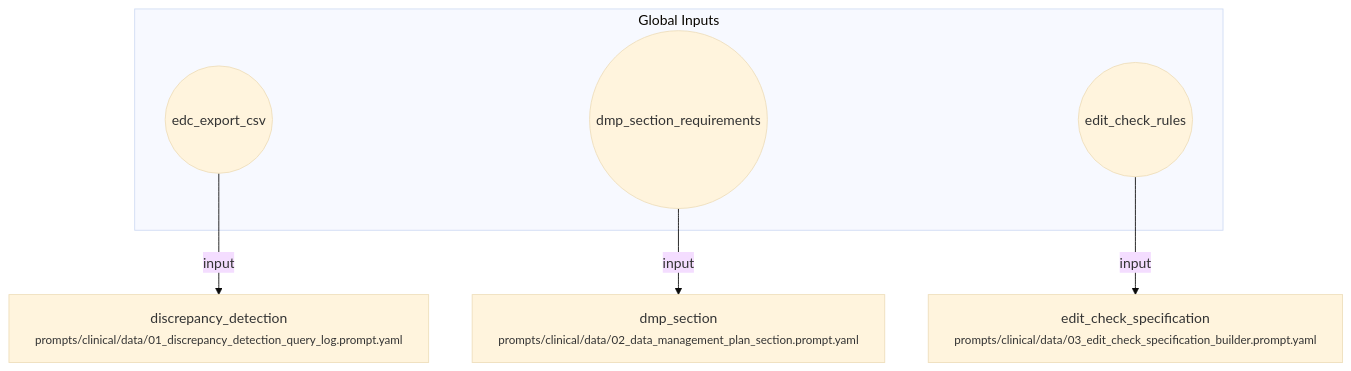
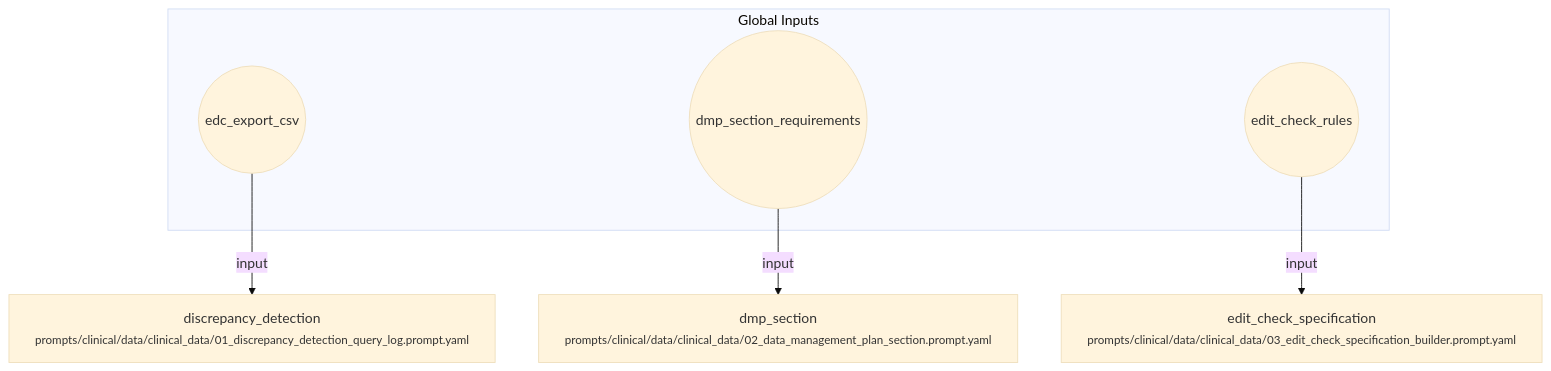
One commit to fderuiter/proompts changed the diagram in workflows/clinical/clinical_data.workflow.md. Above: the diagram before and after it, drawn with Mermaid (base theme). The commit also changed 31 other files, not shown here.

````diff
--- a/workflows/clinical/clinical_data.workflow.md
+++ b/workflows/clinical/clinical_data.workflow.md
@@ -7,14 +7,14 @@
 ```mermaid
 flowchart TD
     subgraph Inputs [Global Inputs]
         inp_edc_export_csv((edc_export_csv))
         inp_dmp_section_requirements((dmp_section_requirements))
         inp_edit_check_rules((edit_check_rules))
     end
-    discrepancy_detection["discrepancy_detection<br/><small>prompts/clinical/data/01_discrepancy_detection_query_log.prompt.yaml</small>"]
-    dmp_section["dmp_section<br/><small>prompts/clinical/data/02_data_management_plan_section.prompt.yaml</small>"]
-    edit_check_specification["edit_check_specification<br/><small>prompts/clinical/data/03_edit_check_specification_builder.prompt.yaml</small>"]
+    discrepancy_detection["discrepancy_detection<br/><small>prompts/clinical/data/clinical_data/01_discrepancy_detection_query_log.prompt.yaml</small>"]
+    dmp_section["dmp_section<br/><small>prompts/clinical/data/clinical_data/02_data_management_plan_section.prompt.yaml</small>"]
+    edit_check_specification["edit_check_specification<br/><small>prompts/clinical/data/clinical_data/03_edit_check_specification_builder.prompt.yaml</small>"]
     inp_edc_export_csv -->|input| discrepancy_detection
     inp_dmp_section_requirements -->|input| dmp_section
     inp_edit_check_rules -->|input| edit_check_specification
 ```
````
